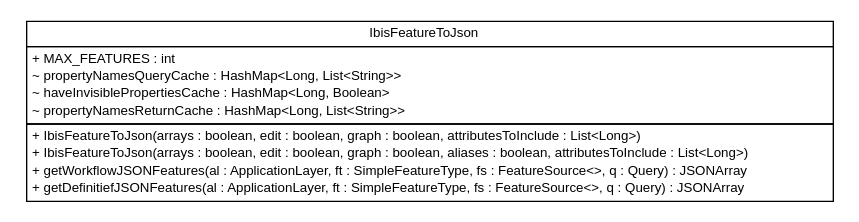
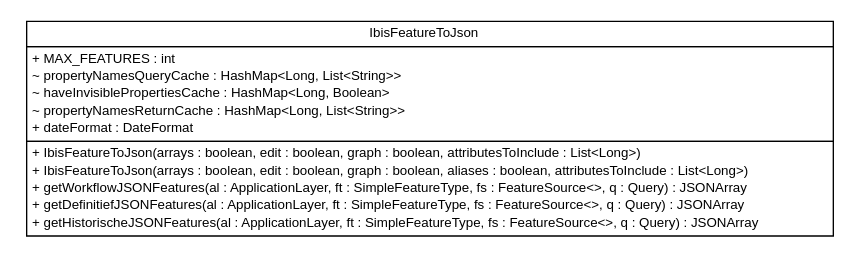
One commit to B3Partners/flamingo-ibis changed the diagram in ibis-viewer/apidocs/nl/b3p/viewer/util/nl.b3p.viewer.util.dot. Above: the diagram before and after it, drawn with Graphviz. The commit also changed 231 other files, not shown here.

```diff
--- a/ibis-viewer/apidocs/nl/b3p/viewer/util/nl.b3p.viewer.util.dot
+++ b/ibis-viewer/apidocs/nl/b3p/viewer/util/nl.b3p.viewer.util.dot
@@ -1,30 +1,32 @@
 #!/usr/local/bin/dot
 #
 # Class diagram 
 # Generated by UMLGraph version R5_6-24-gf6e263 (http://www.umlgraph.org/)
 #
 
 digraph G {
 	edge [fontname="Helvetica",fontsize=10,labelfontname="Helvetica",labelfontsize=10];
 	node [fontname="Helvetica",fontsize=10,shape=plaintext];
 	nodesep=0.25;
 	ranksep=0.5;
 	// nl.b3p.viewer.util.IbisFeatureToJson
-	c27 [label=<<table title="nl.b3p.viewer.util.IbisFeatureToJson" border="0" cellborder="1" cellspacing="0" cellpadding="2" port="p" href="./IbisFeatureToJson.html">
+	c30 [label=<<table title="nl.b3p.viewer.util.IbisFeatureToJson" border="0" cellborder="1" cellspacing="0" cellpadding="2" port="p" href="./IbisFeatureToJson.html">
 		<tr><td><table border="0" cellspacing="0" cellpadding="1">
 <tr><td align="center" balign="center"> IbisFeatureToJson </td></tr>
 		</table></td></tr>
 		<tr><td><table border="0" cellspacing="0" cellpadding="1">
 <tr><td align="left" balign="left"> + MAX_FEATURES : int </td></tr>
 <tr><td align="left" balign="left"> ~ propertyNamesQueryCache : HashMap&lt;Long, List&lt;String&gt;&gt; </td></tr>
 <tr><td align="left" balign="left"> ~ haveInvisiblePropertiesCache : HashMap&lt;Long, Boolean&gt; </td></tr>
 <tr><td align="left" balign="left"> ~ propertyNamesReturnCache : HashMap&lt;Long, List&lt;String&gt;&gt; </td></tr>
+<tr><td align="left" balign="left"> + dateFormat : DateFormat </td></tr>
 		</table></td></tr>
 		<tr><td><table border="0" cellspacing="0" cellpadding="1">
 <tr><td align="left" balign="left"> + IbisFeatureToJson(arrays : boolean, edit : boolean, graph : boolean, attributesToInclude : List&lt;Long&gt;) </td></tr>
 <tr><td align="left" balign="left"> + IbisFeatureToJson(arrays : boolean, edit : boolean, graph : boolean, aliases : boolean, attributesToInclude : List&lt;Long&gt;) </td></tr>
 <tr><td align="left" balign="left"> + getWorkflowJSONFeatures(al : ApplicationLayer, ft : SimpleFeatureType, fs : FeatureSource&lt;&gt;, q : Query) : JSONArray </td></tr>
 <tr><td align="left" balign="left"> + getDefinitiefJSONFeatures(al : ApplicationLayer, ft : SimpleFeatureType, fs : FeatureSource&lt;&gt;, q : Query) : JSONArray </td></tr>
+<tr><td align="left" balign="left"> + getHistorischeJSONFeatures(al : ApplicationLayer, ft : SimpleFeatureType, fs : FeatureSource&lt;&gt;, q : Query) : JSONArray </td></tr>
 		</table></td></tr>
 		</table>>, URL="./IbisFeatureToJson.html", fontname="Helvetica", fontcolor="black", fontsize=10.0];
 }
```
